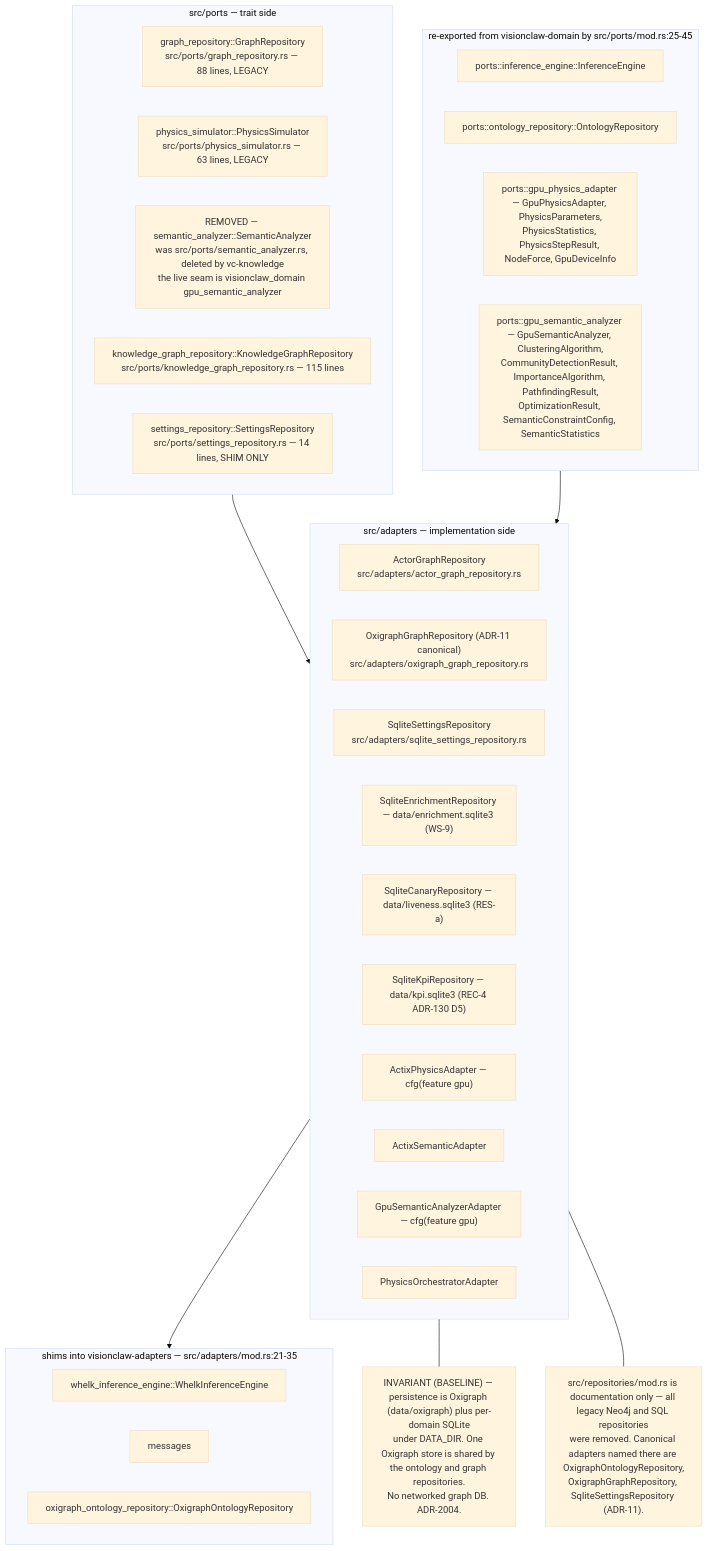
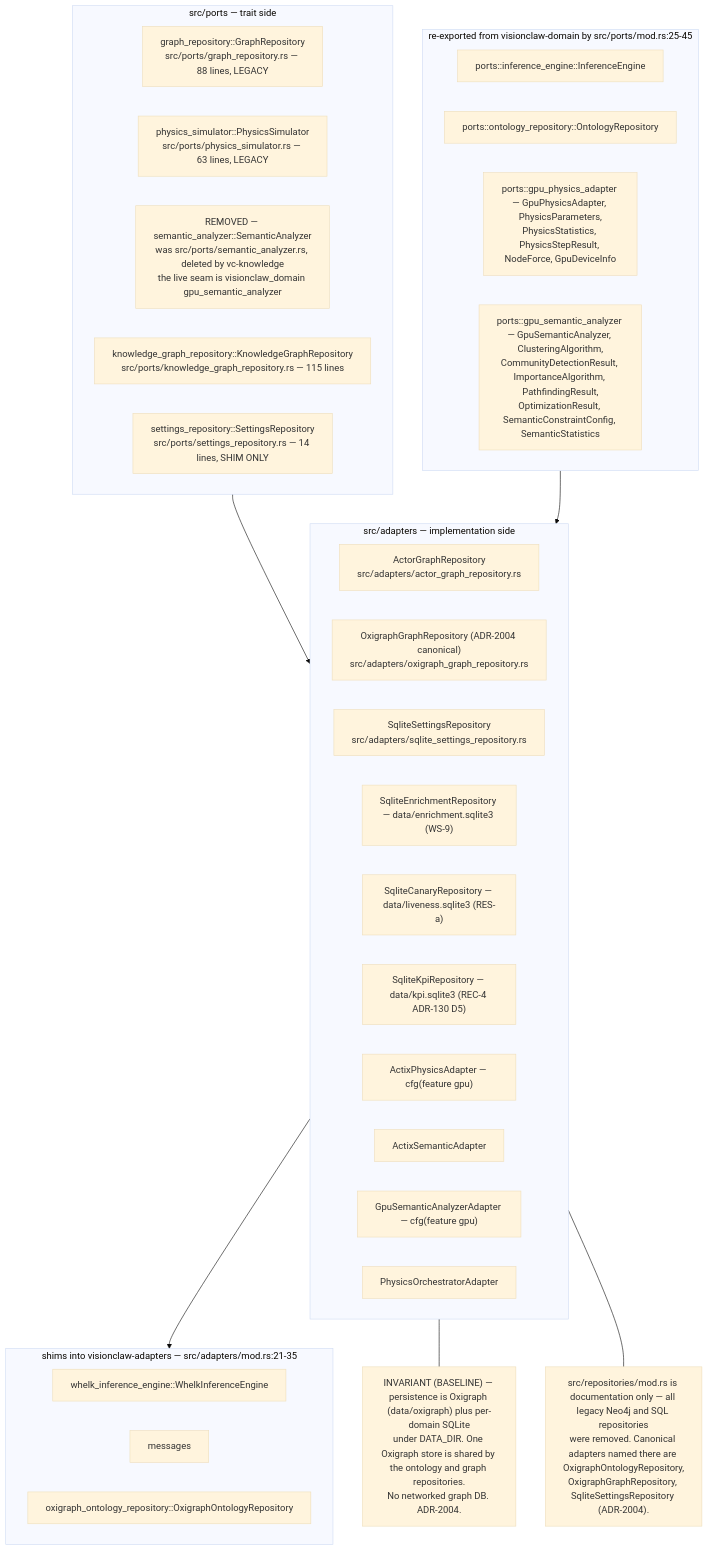
The first of 11 diagrams in docs/diagrams/visionclaw/07-hexagonal-ports-and-crates.md (DreamLab-AI/AR-AI-Knowledge-Graph), drawn with Mermaid (base theme) before and after one commit. The commit also changed 143 other files, not shown here.

````diff
--- a/docs/diagrams/visionclaw/07-hexagonal-ports-and-crates.md
+++ b/docs/diagrams/visionclaw/07-hexagonal-ports-and-crates.md
@@ -53,40 +53,40 @@
 ```mermaid
 flowchart TB
     subgraph PORTS["src/ports — trait side"]
         P1["graph_repository::GraphRepository<br/>src/ports/graph_repository.rs — 88 lines, LEGACY"]
         P2["physics_simulator::PhysicsSimulator<br/>src/ports/physics_simulator.rs — 63 lines, LEGACY"]
         P3["REMOVED — semantic_analyzer::SemanticAnalyzer<br/>was src/ports/semantic_analyzer.rs, deleted by vc-knowledge<br/>the live seam is visionclaw_domain gpu_semantic_analyzer"]
         P4["knowledge_graph_repository::KnowledgeGraphRepository<br/>src/ports/knowledge_graph_repository.rs — 115 lines"]
         P5["settings_repository::SettingsRepository<br/>src/ports/settings_repository.rs — 14 lines, SHIM ONLY"]
     end
     subgraph SHIM["re-exported from visionclaw-domain by src/ports/mod.rs:25-45"]
         S1["ports::inference_engine::InferenceEngine"]
         S2["ports::ontology_repository::OntologyRepository"]
         S3["ports::gpu_physics_adapter — GpuPhysicsAdapter, PhysicsParameters,<br/>PhysicsStatistics, PhysicsStepResult, NodeForce, GpuDeviceInfo"]
         S4["ports::gpu_semantic_analyzer — GpuSemanticAnalyzer, ClusteringAlgorithm,<br/>CommunityDetectionResult, ImportanceAlgorithm, PathfindingResult,<br/>OptimizationResult, SemanticConstraintConfig, SemanticStatistics"]
     end
     subgraph ADAPT["src/adapters — implementation side"]
         A1["ActorGraphRepository<br/>src/adapters/actor_graph_repository.rs"]
-        A2["OxigraphGraphRepository (ADR-11 canonical)<br/>src/adapters/oxigraph_graph_repository.rs"]
+        A2["OxigraphGraphRepository (ADR-2004 canonical)<br/>src/adapters/oxigraph_graph_repository.rs"]
         A3["SqliteSettingsRepository<br/>src/adapters/sqlite_settings_repository.rs"]
         A4["SqliteEnrichmentRepository — data/enrichment.sqlite3 (WS-9)"]
         A5["SqliteCanaryRepository — data/liveness.sqlite3 (RES-a)"]
         A6["SqliteKpiRepository — data/kpi.sqlite3 (REC-4 ADR-130 D5)"]
         A7["ActixPhysicsAdapter — cfg(feature gpu)"]
         A8["ActixSemanticAdapter"]
         A9["GpuSemanticAnalyzerAdapter — cfg(feature gpu)"]
         A10["PhysicsOrchestratorAdapter"]
     end
     subgraph XCRATE["shims into visionclaw-adapters — src/adapters/mod.rs:21-35"]
         X1["whelk_inference_engine::WhelkInferenceEngine"]
         X2["messages"]
         X3["oxigraph_ontology_repository::OxigraphOntologyRepository"]
     end
     PORTS --> ADAPT
     SHIM --> ADAPT
     ADAPT --> XCRATE
     N1["INVARIANT (BASELINE) — persistence is Oxigraph (data/oxigraph) plus per-domain SQLite<br/>under DATA_DIR. One Oxigraph store is shared by the ontology and graph repositories.<br/>No networked graph DB. ADR-2004."]
     ADAPT --- N1
-    N2["src/repositories/mod.rs is documentation only — all legacy Neo4j and SQL repositories<br/>were removed. Canonical adapters named there are OxigraphOntologyRepository,<br/>OxigraphGraphRepository, SqliteSettingsRepository (ADR-11)."]
+    N2["src/repositories/mod.rs is documentation only — all legacy Neo4j and SQL repositories<br/>were removed. Canonical adapters named there are OxigraphOntologyRepository,<br/>OxigraphGraphRepository, SqliteSettingsRepository (ADR-2004)."]
     ADAPT --- N2
 ```
````
